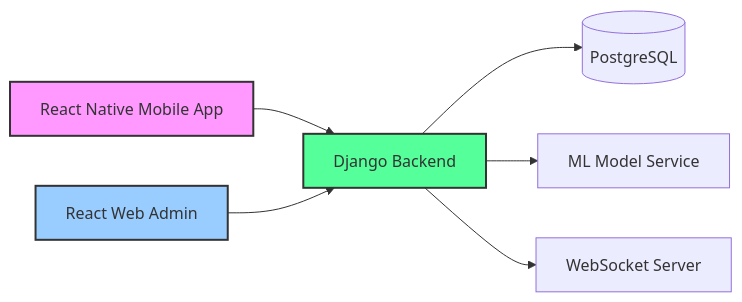
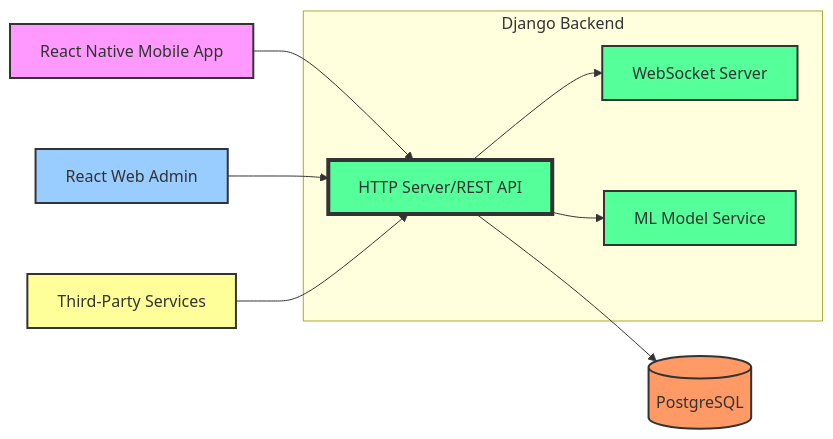
One commit to PajiiMarr/crimsotech changed the diagram in README.md. Above: the diagram before and after it, drawn with Mermaid.

Commit message:
Updated mermaid graph.

````diff
--- a/README.md
+++ b/README.md
@@ -36,12 +36,23 @@
 ```mermaid
 graph LR
-    A[React Native Mobile App] --> C[Django Backend]
-    B[React Web Admin] --> C
-    C --> D[(PostgreSQL)]
-    C --> E[ML Model Service]
-    C --> F[WebSocket Server]
+    A[React Native Mobile App] --> D[HTTP Server/REST API]
+    B[React Web Admin] --> D
+    C[Third-Party Services] --> D
+    D --> E[(PostgreSQL)]
+    D --> F[WebSocket Server]
+    D --> G[ML Model Service]
+    
+    subgraph "Django Backend"
+        D
+        F
+        G
+    end
     
     style A fill:#f9f,stroke:#333,stroke-width:2px
     style B fill:#9cf,stroke:#333,stroke-width:2px
-    style C fill:#5f9,stroke:#333,stroke-width:2px
+    style C fill:#ff9,stroke:#333,stroke-width:2px
+    style D fill:#5f9,stroke:#333,stroke-width:4px
+    style E fill:#f96,stroke:#333,stroke-width:2px
+    style F fill:#5f9,stroke:#333,stroke-width:2px
+    style G fill:#5f9,stroke:#333,stroke-width:2px
 ```
````
